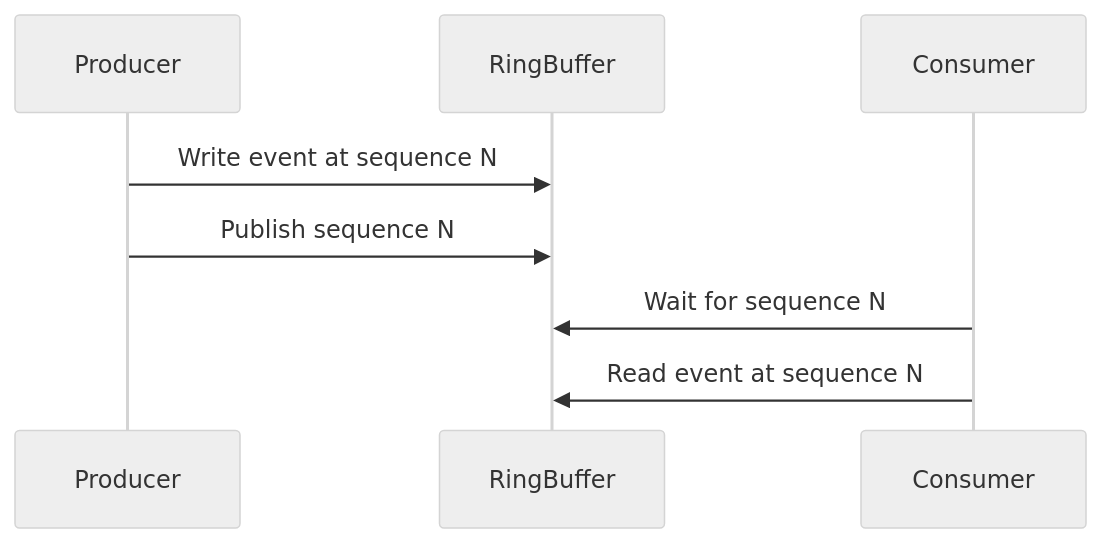
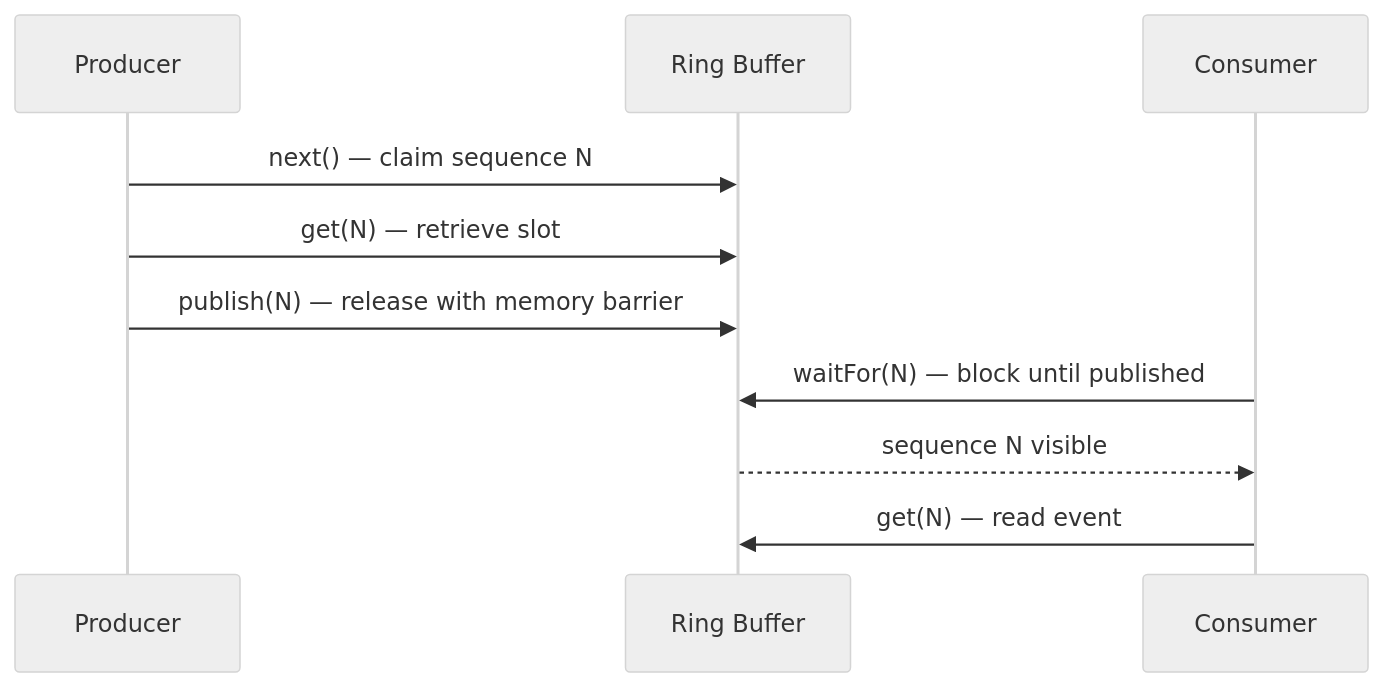
One commit to drag0sd0g/SobySequencer changed the third of 7 diagrams in docs/ARCHITECTURE.md. Above: the diagram before and after it, drawn with Mermaid (neutral theme). The commit also changed other lines of this file and 6 other files, not shown here.

````diff
--- a/docs/ARCHITECTURE.md
+++ b/docs/ARCHITECTURE.md
@@ -57,10 +165,13 @@
 ```mermaid
 sequenceDiagram
-    participant Producer
-    participant RingBuffer
-    participant Consumer
-    Producer->>RingBuffer: Write event at sequence N
-    Producer->>RingBuffer: Publish sequence N
-    Consumer->>RingBuffer: Wait for sequence N
-    Consumer->>RingBuffer: Read event at sequence N
+    participant P as Producer
+    participant RB as Ring Buffer
+    participant C as Consumer
+
+    P->>RB: next() — claim sequence N
+    P->>RB: get(N) — retrieve slot
+    P->>RB: publish(N) — release with memory barrier
+    C->>RB: waitFor(N) — block until published
+    RB-->>C: sequence N visible
+    C->>RB: get(N) — read event
 ```
````
